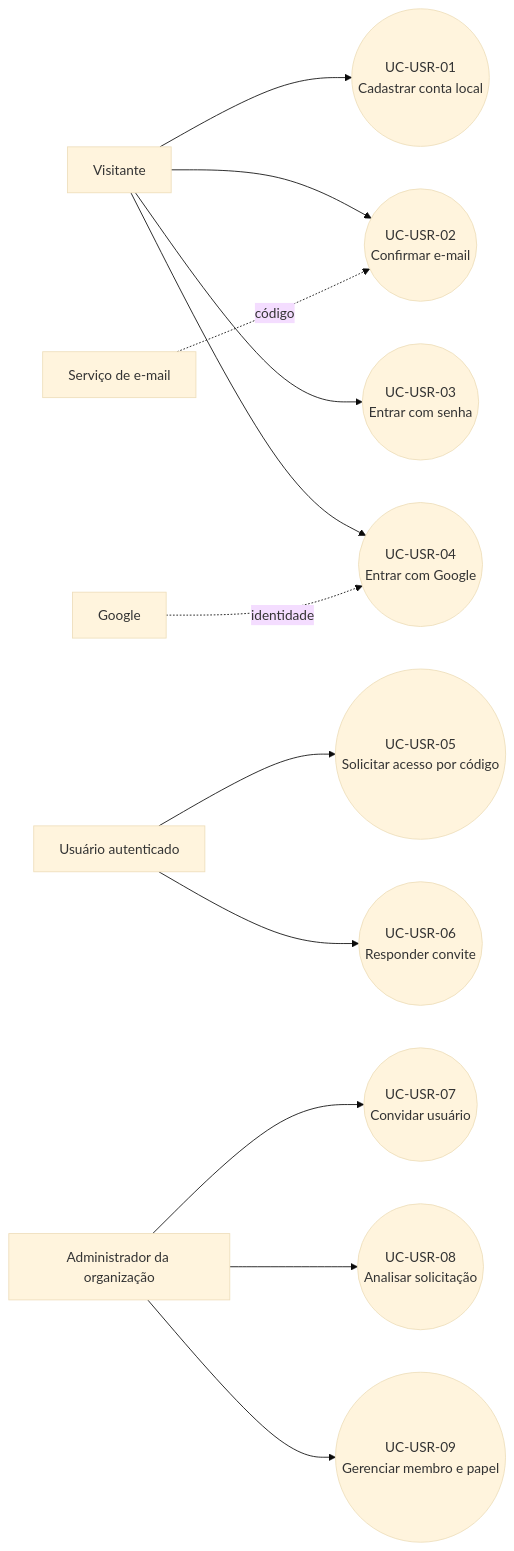
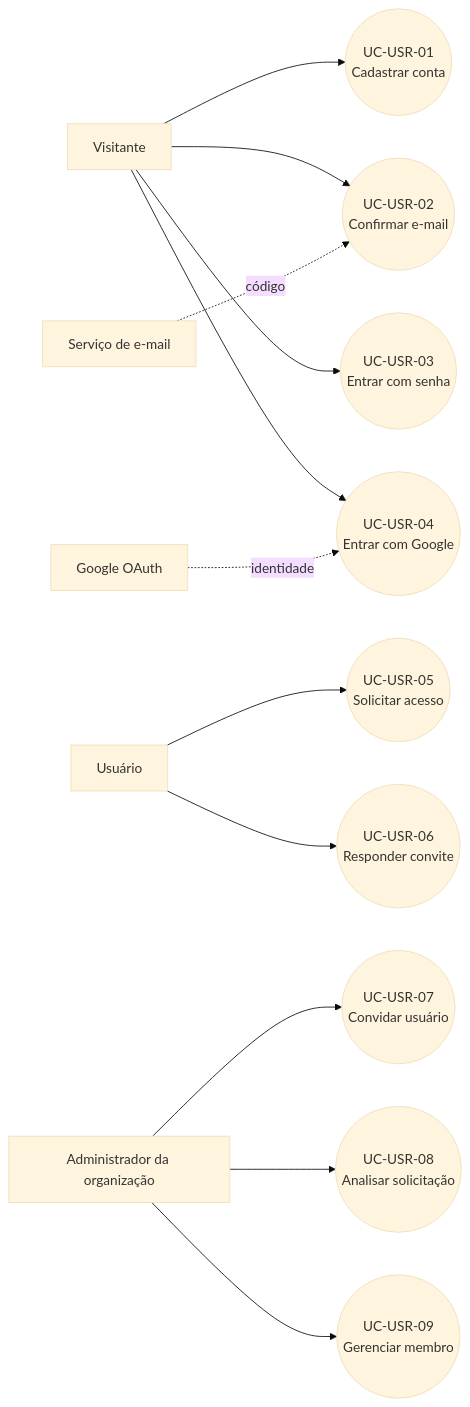
The diagram in 2 - Incremento1/cadastro-usuario/1 - casos-uso-cadastro-usuario.md (Conecta-IFSP/DOCUMENTATION), drawn with Mermaid (base theme) before and after one commit. The commit also changed other lines of this file and 65 other files, not shown here.

````diff
--- a/2 - Incremento1/cadastro-usuario/1 - casos-uso-cadastro-usuario.md
+++ b/2 - Incremento1/cadastro-usuario/1 - casos-uso-cadastro-usuario.md
@@ -3,14 +11,14 @@
 ```mermaid
 flowchart LR
-    V[Visitante] --> C1((UC-USR-01\nCadastrar conta local))
-    V --> C2((UC-USR-02\nConfirmar e-mail))
-    V --> C3((UC-USR-03\nEntrar com senha))
-    V --> C4((UC-USR-04\nEntrar com Google))
-    U[Usuário autenticado] --> C5((UC-USR-05\nSolicitar acesso por código))
-    U --> C6((UC-USR-06\nResponder convite))
-    A[Administrador da organização] --> C7((UC-USR-07\nConvidar usuário))
-    A --> C8((UC-USR-08\nAnalisar solicitação))
-    A --> C9((UC-USR-09\nGerenciar membro e papel))
-    M[Serviço de e-mail] -. código .-> C2
-    G[Google] -. identidade .-> C4
+    V[Visitante] --> UC01((UC-USR-01\nCadastrar conta))
+    V --> UC02((UC-USR-02\nConfirmar e-mail))
+    V --> UC03((UC-USR-03\nEntrar com senha))
+    V --> UC04((UC-USR-04\nEntrar com Google))
+    U[Usuário] --> UC05((UC-USR-05\nSolicitar acesso))
+    U --> UC06((UC-USR-06\nResponder convite))
+    A[Administrador da organização] --> UC07((UC-USR-07\nConvidar usuário))
+    A --> UC08((UC-USR-08\nAnalisar solicitação))
+    A --> UC09((UC-USR-09\nGerenciar membro))
+    E[Serviço de e-mail] -. código .-> UC02
+    G[Google OAuth] -. identidade .-> UC04
 ```
````
